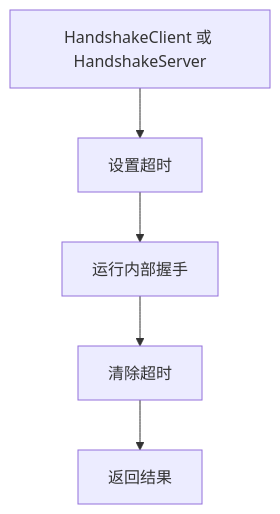
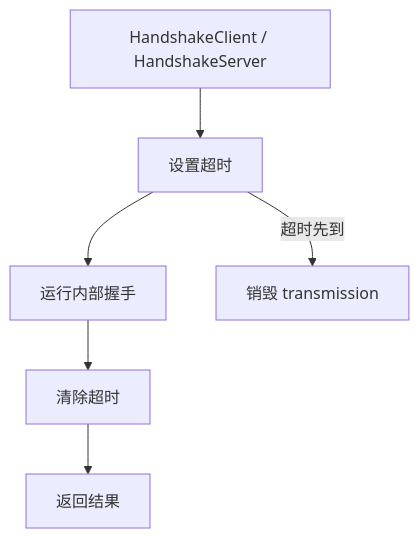
Before and after one commit to HyacinthHaru/openppp2: the second of 2 diagrams in docs/HANDSHAKE_SEQUENCE_CN.md, drawn with Mermaid. The commit also changed other lines of this file and 45 other files, not shown here.

````diff
--- a/docs/HANDSHAKE_SEQUENCE_CN.md
+++ b/docs/HANDSHAKE_SEQUENCE_CN.md
@@ -89,7 +79,8 @@
 ```mermaid
 flowchart TD
-    A[HandshakeClient 或 HandshakeServer] --> B[设置超时]
+    A[HandshakeClient / HandshakeServer] --> B[设置超时]
     B --> C[运行内部握手]
     C --> D[清除超时]
     D --> E[返回结果]
+    B -->|超时先到| F[销毁 transmission]
 ```
````
